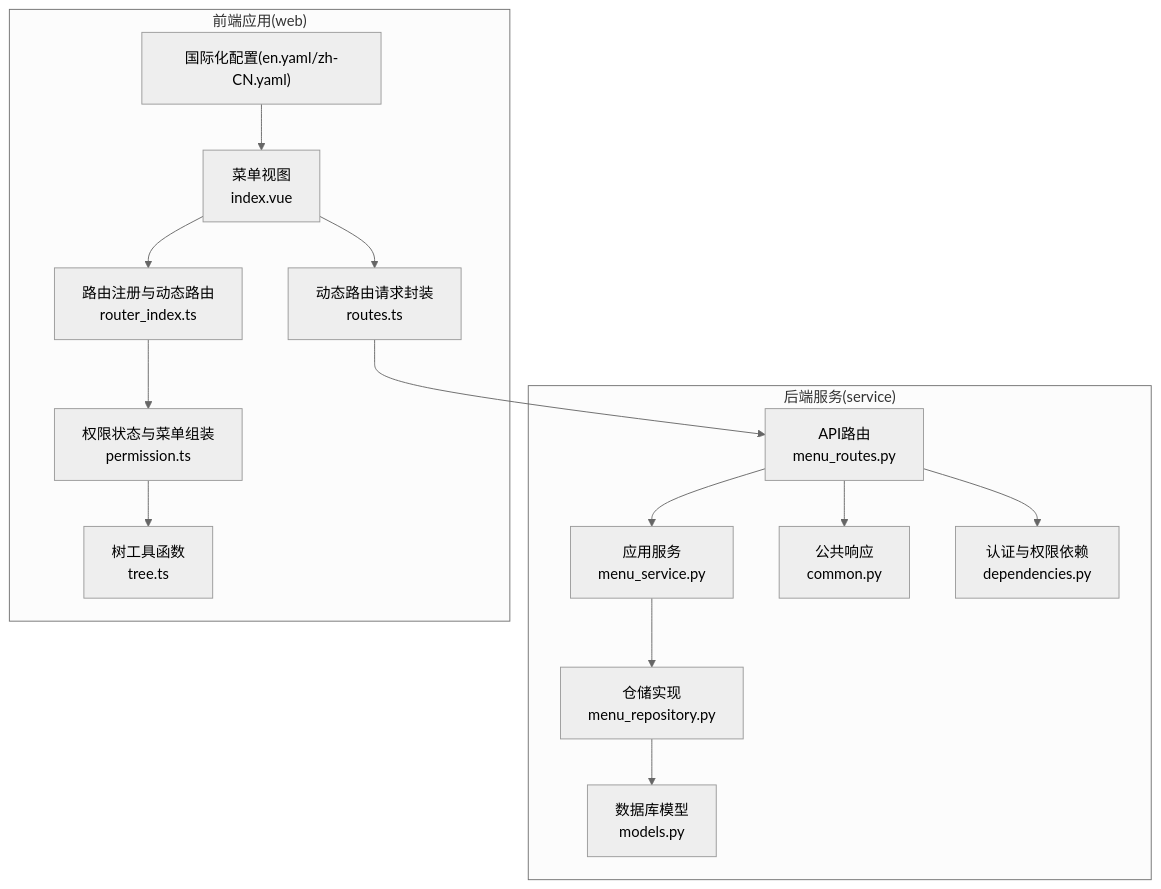
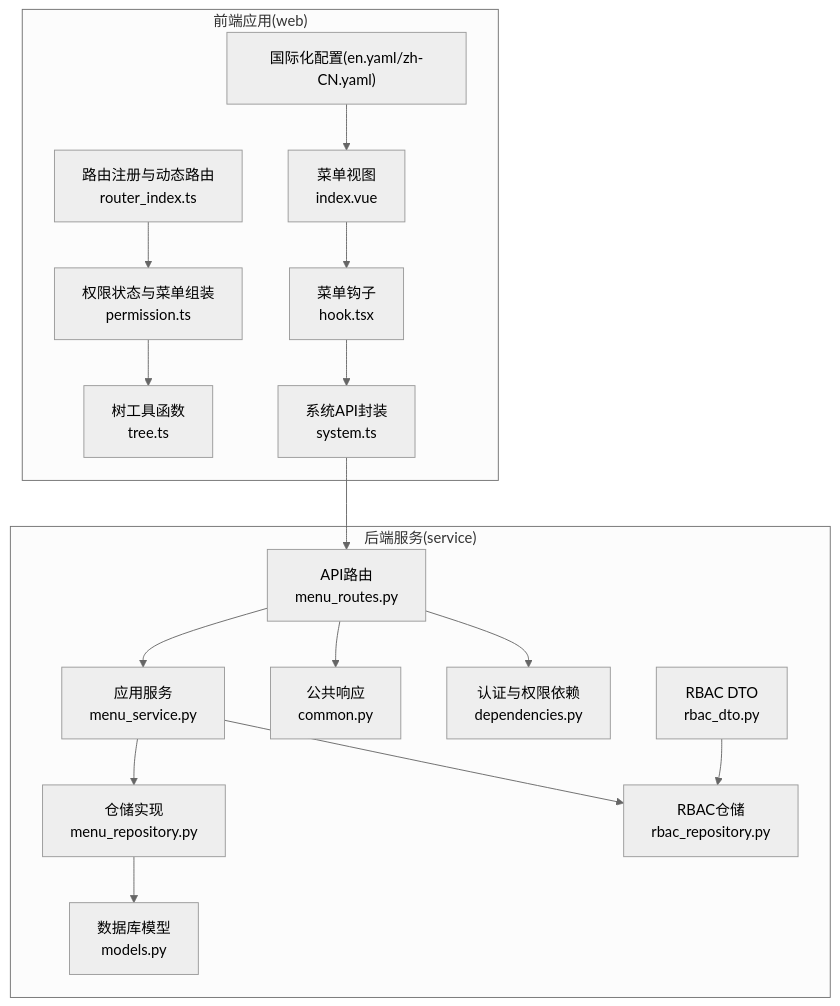
Before and after one commit to taoweidong/Hello-FastApi: the first of 6 diagrams in .qoder/repowiki/zh/content/API 接口文档/菜单管理接口.md, drawn with Mermaid (neutral theme). The commit also changed other lines of this file and 9 other files, not shown here.

````diff
--- a/.qoder/repowiki/zh/content/API 接口文档/菜单管理接口.md
+++ b/.qoder/repowiki/zh/content/API 接口文档/菜单管理接口.md
@@ -39,28 +54,33 @@
 ```mermaid
 graph TB
 subgraph "后端服务(service)"
 A["API路由<br/>menu_routes.py"]
 B["应用服务<br/>menu_service.py"]
 C["仓储实现<br/>menu_repository.py"]
 D["数据库模型<br/>models.py"]
 E["公共响应<br/>common.py"]
 F["认证与权限依赖<br/>dependencies.py"]
+G["RBAC DTO<br/>rbac_dto.py"]
+H["RBAC仓储<br/>rbac_repository.py"]
 end
 subgraph "前端应用(web)"
-G["菜单视图<br/>index.vue"]
-H["路由注册与动态路由<br/>router_index.ts"]
-I["权限状态与菜单组装<br/>permission.ts"]
-J["树工具函数<br/>tree.ts"]
-K["动态路由请求封装<br/>routes.ts"]
-L["国际化配置(en.yaml/zh-CN.yaml)"]
+I["菜单视图<br/>index.vue"]
+J["菜单钩子<br/>hook.tsx"]
+K["路由注册与动态路由<br/>router_index.ts"]
+L["权限状态与菜单组装<br/>permission.ts"]
+M["树工具函数<br/>tree.ts"]
+N["系统API封装<br/>system.ts"]
+O["国际化配置(en.yaml/zh-CN.yaml)"]
 end
 A --> B --> C --> D
 A --> E
 A --> F
+B --> H
 G --> H
-H --> I
 I --> J
-G --> K
-K --> A
-L --> G
+J --> N
+N --> A
+K --> L
+L --> M
+O --> I
 ```
````
